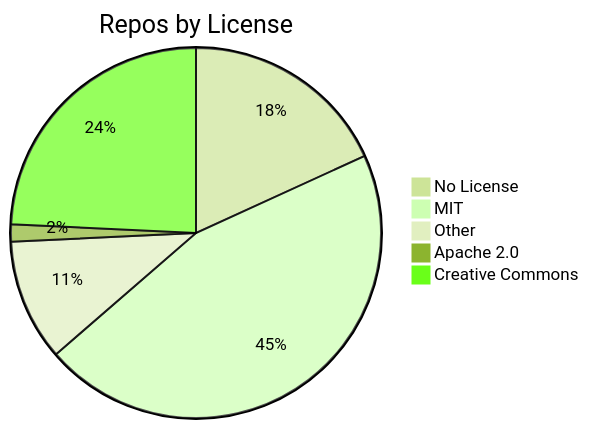
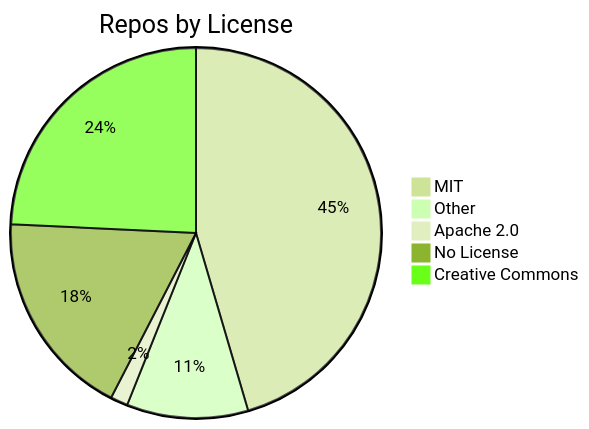
The diagram in README.md (jpatterson933/awesome-mcp-server-repo-index), drawn with Mermaid (forest theme) before and after one commit. The commit also changed other lines of this file and 7 other files, not shown here.

````diff
--- a/README.md
+++ b/README.md
@@ -31,8 +31,8 @@
 ```mermaid
 pie title Repos by License
-    "No License" : 12
     "MIT" : 30
     "Other" : 7
     "Apache 2.0" : 1
+    "No License" : 12
     "Creative Commons" : 16
 ```
````
